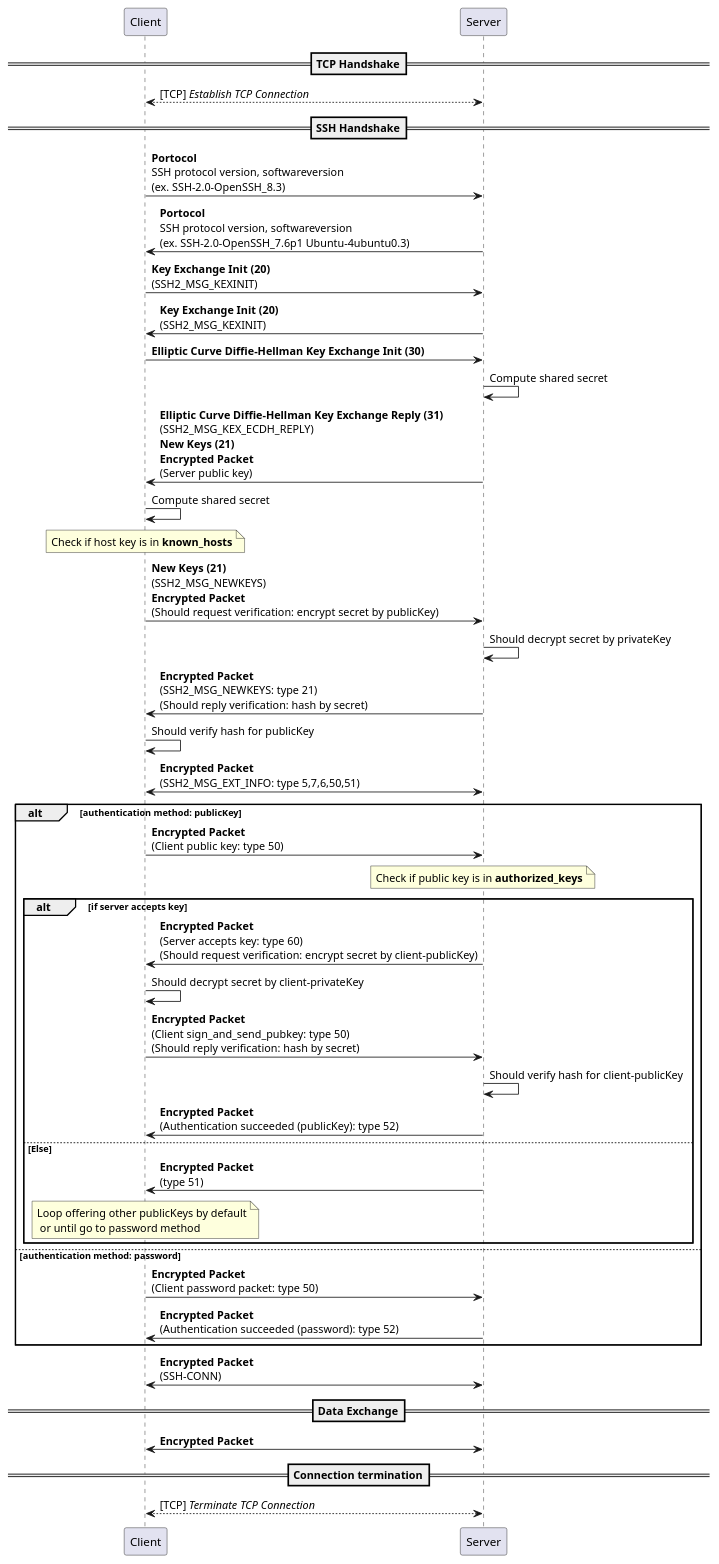
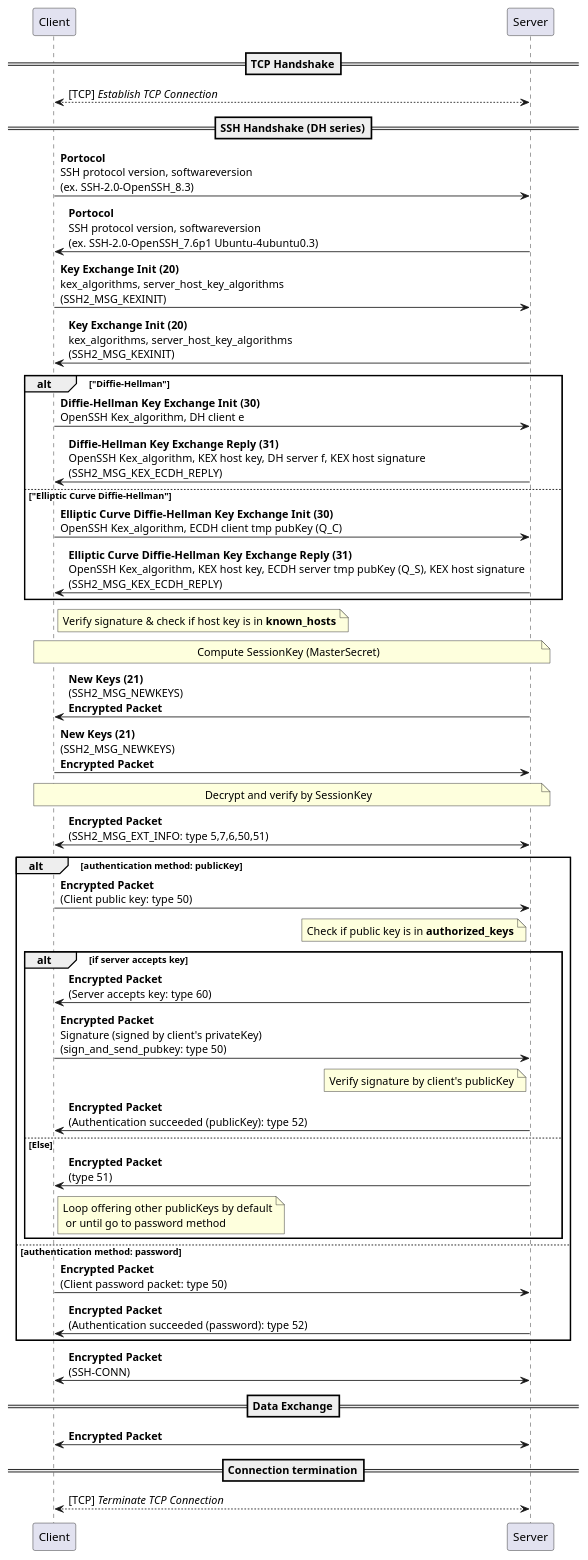
One commit to yidas/web-service-protocols changed the diagram in ssh/transport-layer.plantuml. Above: the diagram before and after it, drawn with PlantUML.

```diff
--- a/ssh/transport-layer.plantuml
+++ b/ssh/transport-layer.plantuml
@@ -1,48 +1,50 @@
 @startuml
 
 participant "Client" as c
 participant "Server" as s
 
 ==TCP Handshake==
 c<-->s: [TCP] //Establish TCP Connection//
-==SSH Handshake==
+==SSH Handshake (DH series)==
 c->s: **Portocol**\nSSH protocol version, softwareversion \n(ex. SSH-2.0-OpenSSH_8.3)
 s->c: **Portocol**\nSSH protocol version, softwareversion \n(ex. SSH-2.0-OpenSSH_7.6p1 Ubuntu-4ubuntu0.3)
-c->s: **Key Exchange Init (20)** \n(SSH2_MSG_KEXINIT)
-s->c: **Key Exchange Init (20)** \n(SSH2_MSG_KEXINIT)
-c->s: **Elliptic Curve Diffie-Hellman Key Exchange Init (30)**
-s->s: Compute shared secret
-s->c: **Elliptic Curve Diffie-Hellman Key Exchange Reply (31)**\n(SSH2_MSG_KEX_ECDH_REPLY)\n**New Keys (21)**\n**Encrypted Packet**\n(Server public key)
-c->c: Compute shared secret
-note over c: Check if host key is in **known_hosts**
-c->s: **New Keys (21)**\n(SSH2_MSG_NEWKEYS)\n**Encrypted Packet**\n(Should request verification: encrypt secret by publicKey)
-s->s: Should decrypt secret by privateKey
-s->c: **Encrypted Packet**\n(SSH2_MSG_NEWKEYS: type 21)\n(Should reply verification: hash by secret)
-c->c: Should verify hash for publicKey
+c->s: **Key Exchange Init (20)** \nkex_algorithms, server_host_key_algorithms \n(SSH2_MSG_KEXINIT)
+s->c: **Key Exchange Init (20)** \nkex_algorithms, server_host_key_algorithms \n(SSH2_MSG_KEXINIT)
+alt "Diffie–Hellman"
+  c->s: **Diffie-Hellman Key Exchange Init (30)** \nOpenSSH Kex_algorithm, DH client e
+  s->c: **Diffie-Hellman Key Exchange Reply (31)**\nOpenSSH Kex_algorithm, KEX host key, DH server f, KEX host signature\n(SSH2_MSG_KEX_ECDH_REPLY)
+else "Elliptic Curve Diffie–Hellman"
+  c->s: **Elliptic Curve Diffie-Hellman Key Exchange Init (30)** \nOpenSSH Kex_algorithm, ECDH client tmp pubKey (Q_C)
+  s->c: **Elliptic Curve Diffie-Hellman Key Exchange Reply (31)**\nOpenSSH Kex_algorithm, KEX host key, ECDH server tmp pubKey (Q_S), KEX host signature\n(SSH2_MSG_KEX_ECDH_REPLY)
+end
+note right c: Verify signature & check if host key is in **known_hosts**
+note over c, s: Compute SessionKey (MasterSecret)
+s -> c: **New Keys (21)**\n(SSH2_MSG_NEWKEYS) \n**Encrypted Packet**
+c->s: **New Keys (21)**\n(SSH2_MSG_NEWKEYS)\n**Encrypted Packet**
+note over c, s: Decrypt and verify by SessionKey
 s<->c: **Encrypted Packet**\n(SSH2_MSG_EXT_INFO: type 5,7,6,50,51)
 alt authentication method: publicKey
 c->s: **Encrypted Packet** \n(Client public key: type 50)
-	note over s: Check if public key is in **authorized_keys**
+	note left s: Check if public key is in **authorized_keys**
 	alt if server accepts key
-	s->c: **Encrypted Packet** \n(Server accepts key: type 60)\n(Should request verification: encrypt secret by client-publicKey)
-	c->c: Should decrypt secret by client-privateKey
-	c->s: **Encrypted Packet** \n(Client sign_and_send_pubkey: type 50)\n(Should reply verification: hash by secret)
-	s->s: Should verify hash for client-publicKey
+	s->c: **Encrypted Packet** \n(Server accepts key: type 60)
+	c->s: **Encrypted Packet** \nSignature (signed by client's privateKey) \n(sign_and_send_pubkey: type 50)
+	note left s: Verify signature by client's publicKey
 	s->c: **Encrypted Packet**\n(Authentication succeeded (publicKey): type 52)
 	else Else
 	s->c: **Encrypted Packet**\n(type 51)
-	note over c: Loop offering other publicKeys by default\n or until go to password method
+	note right c: Loop offering other publicKeys by default\n or until go to password method
 	end
 else authentication method: password
 c->s: **Encrypted Packet** \n(Client password packet: type 50)
 s->c: **Encrypted Packet**\n(Authentication succeeded (password): type 52)
 end
 s<->c: **Encrypted Packet**\n(SSH-CONN)
 
 ==Data Exchange==
 c<->s: **Encrypted Packet**
 
 ==Connection termination==
 c<-->s: [TCP] //Terminate TCP Connection//
 
 @enduml
```
